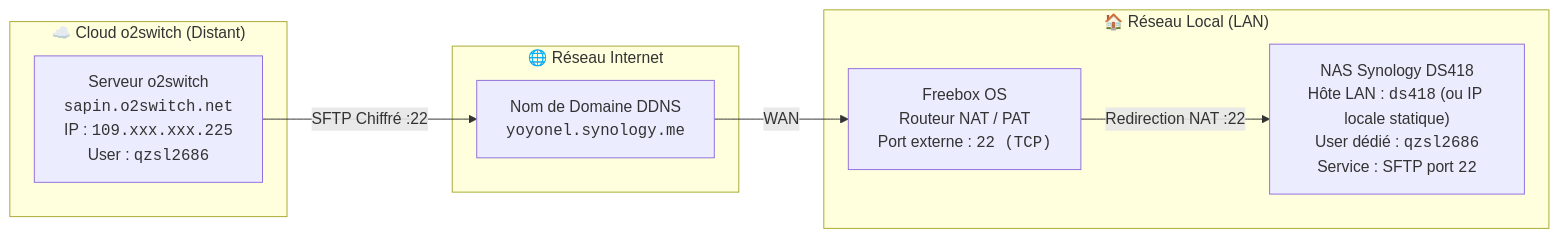
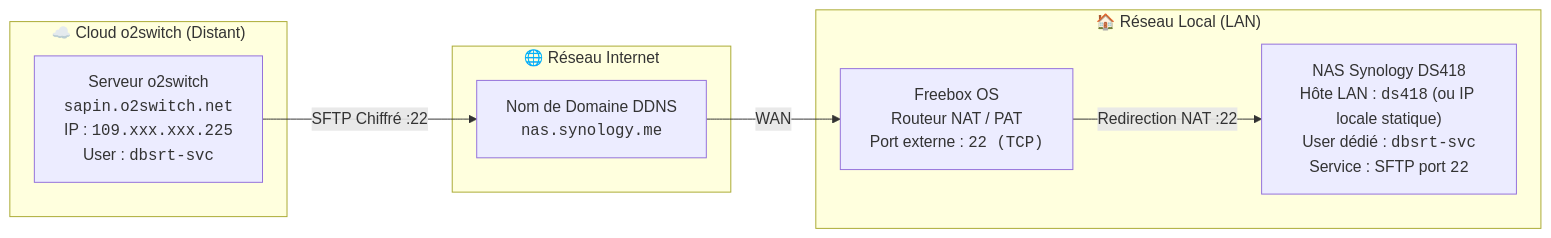
The diagram in docs/how-to/interconnecter-nas-synology-et-o2switch-sftp.md (yoyonel/pydbsrt), drawn with Mermaid before and after one commit. The commit also changed other lines of this file and 6 other files, not shown here.

````diff
--- a/docs/how-to/interconnecter-nas-synology-et-o2switch-sftp.md
+++ b/docs/how-to/interconnecter-nas-synology-et-o2switch-sftp.md
@@ -33,19 +33,19 @@
 ```mermaid
 flowchart LR
     subgraph Cloud["☁️ Cloud o2switch (Distant)"]
-        O2["Serveur o2switch<br/><code>sapin.o2switch.net</code><br/>IP : <code>109.xxx.xxx.225</code><br/>User : <code>qzsl2686</code>"]
+        O2["Serveur o2switch<br/><code>sapin.o2switch.net</code><br/>IP : <code>109.xxx.xxx.225</code><br/>User : <code>dbsrt-svc</code>"]
     end
 
     subgraph Internet["🌐 Réseau Internet"]
-        DDNS["Nom de Domaine DDNS<br/><code>yoyonel.synology.me</code>"]
+        DDNS["Nom de Domaine DDNS<br/><code>nas.synology.me</code>"]
     end
 
     subgraph Home["🏠 Réseau Local (LAN)"]
         FBX["Freebox OS<br/>Routeur NAT / PAT<br/>Port externe : <code>22 (TCP)</code>"]
-        NAS["NAS Synology DS418<br/>Hôte LAN : <code>ds418</code> (ou IP locale statique)<br/>User dédié : <code>qzsl2686</code><br/>Service : SFTP port <code>22</code>"]
+        NAS["NAS Synology DS418<br/>Hôte LAN : <code>ds418</code> (ou IP locale statique)<br/>User dédié : <code>dbsrt-svc</code><br/>Service : SFTP port <code>22</code>"]
     end
 
     O2 -->|SFTP Chiffré :22| DDNS
     DDNS -->|WAN| FBX
     FBX -->|Redirection NAT :22| NAS
 ```
````
